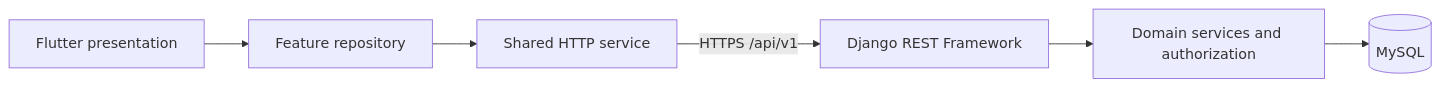
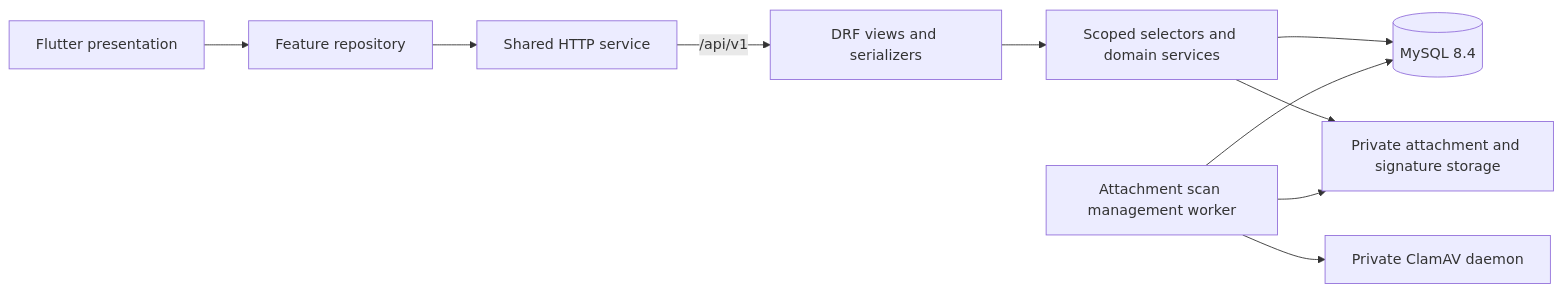
The diagram in docs/ARCHITECTURE.md (williamalxndr/tcl-sales-app), drawn with Mermaid before and after one commit. The commit also changed other lines of this file and 46 other files, not shown here.

````diff
--- a/docs/ARCHITECTURE.md
+++ b/docs/ARCHITECTURE.md
@@ -5,8 +5,12 @@
 ```mermaid
 flowchart LR
     UI[Flutter presentation] --> Repo[Feature repository]
     Repo --> HTTP[Shared HTTP service]
-    HTTP -->|HTTPS /api/v1| API[Django REST Framework]
-    API --> Domain[Domain services and authorization]
-    Domain --> DB[(MySQL)]
+    HTTP -->|/api/v1| API[DRF views and serializers]
+    API --> Scope[Scoped selectors and domain services]
+    Scope --> DB[(MySQL 8.4)]
+    Scope --> Files[Private attachment and signature storage]
+    Worker[Attachment scan management worker] --> Files
+    Worker --> DB
+    Worker --> ClamAV[Private ClamAV daemon]
 ```
````
